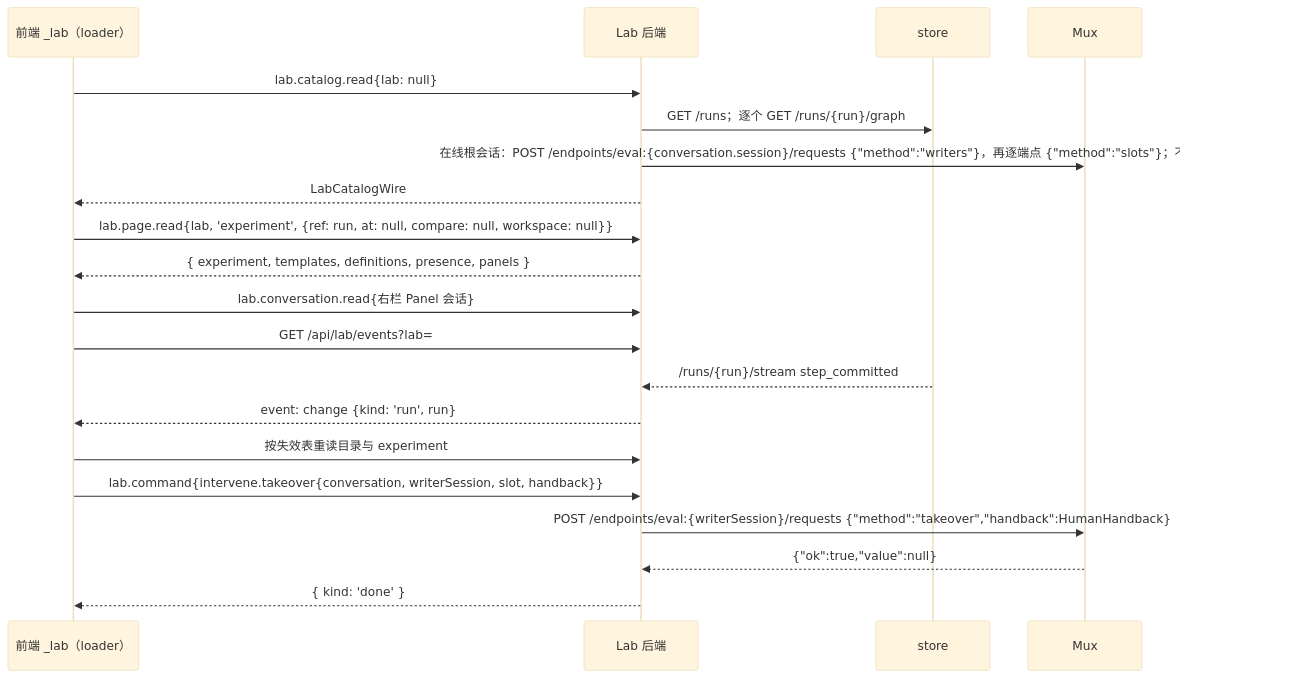
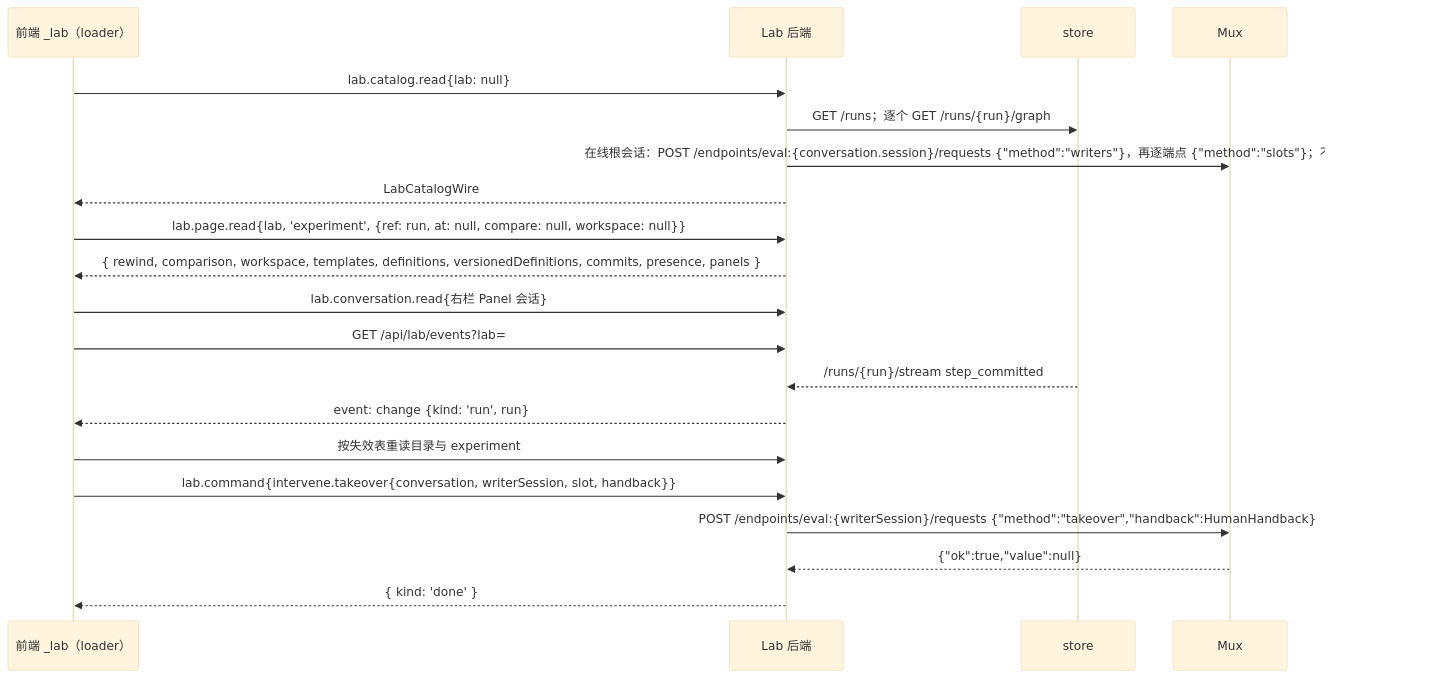
Before and after one commit to Pepgent/PM: the diagram in evidence/decisions/D12-lab-wire.md, drawn with Mermaid (base theme). The commit also changed other lines of this file and 1 other file, not shown here.

Commit message:
docs: apply finalized D35 wire and timeline boundaries

````diff
--- a/evidence/decisions/D12-lab-wire.md
+++ b/evidence/decisions/D12-lab-wire.md
@@ -633,22 +650,22 @@
 ```mermaid
 sequenceDiagram
     participant UI as 前端 _lab（loader）
     participant LAB as Lab 后端
     participant ST as store
     participant MUX as Mux
     UI->>LAB: lab.catalog.read{lab: null}
     LAB->>ST: GET /runs；逐个 GET /runs/{run}/graph
     LAB->>MUX: 在线根会话：POST /endpoints/eval:{conversation.session}/requests {"method":"writers"}，再逐端点 {"method":"slots"}；不唤醒 parked 会话
     LAB-->>UI: LabCatalogWire
     UI->>LAB: lab.page.read{lab, 'experiment', {ref: run, at: null, compare: null, workspace: null}}
-    LAB-->>UI: { experiment, templates, definitions, presence, panels }
+    LAB-->>UI: { rewind, comparison, workspace, templates, definitions, versionedDefinitions, commits, presence, panels }
     UI->>LAB: lab.conversation.read{右栏 Panel 会话}
     UI->>LAB: GET /api/lab/events?lab=
     ST-->>LAB: /runs/{run}/stream step_committed
     LAB-->>UI: event: change {kind: 'run', run}
     UI->>LAB: 按失效表重读目录与 experiment
     UI->>LAB: lab.command{intervene.takeover{conversation, writerSession, slot, handback}}
     LAB->>MUX: POST /endpoints/eval:{writerSession}/requests {"method":"takeover","handback":HumanHandback}
     MUX-->>LAB: {"ok":true,"value":null}
     LAB-->>UI: { kind: 'done' }
 ```
````
